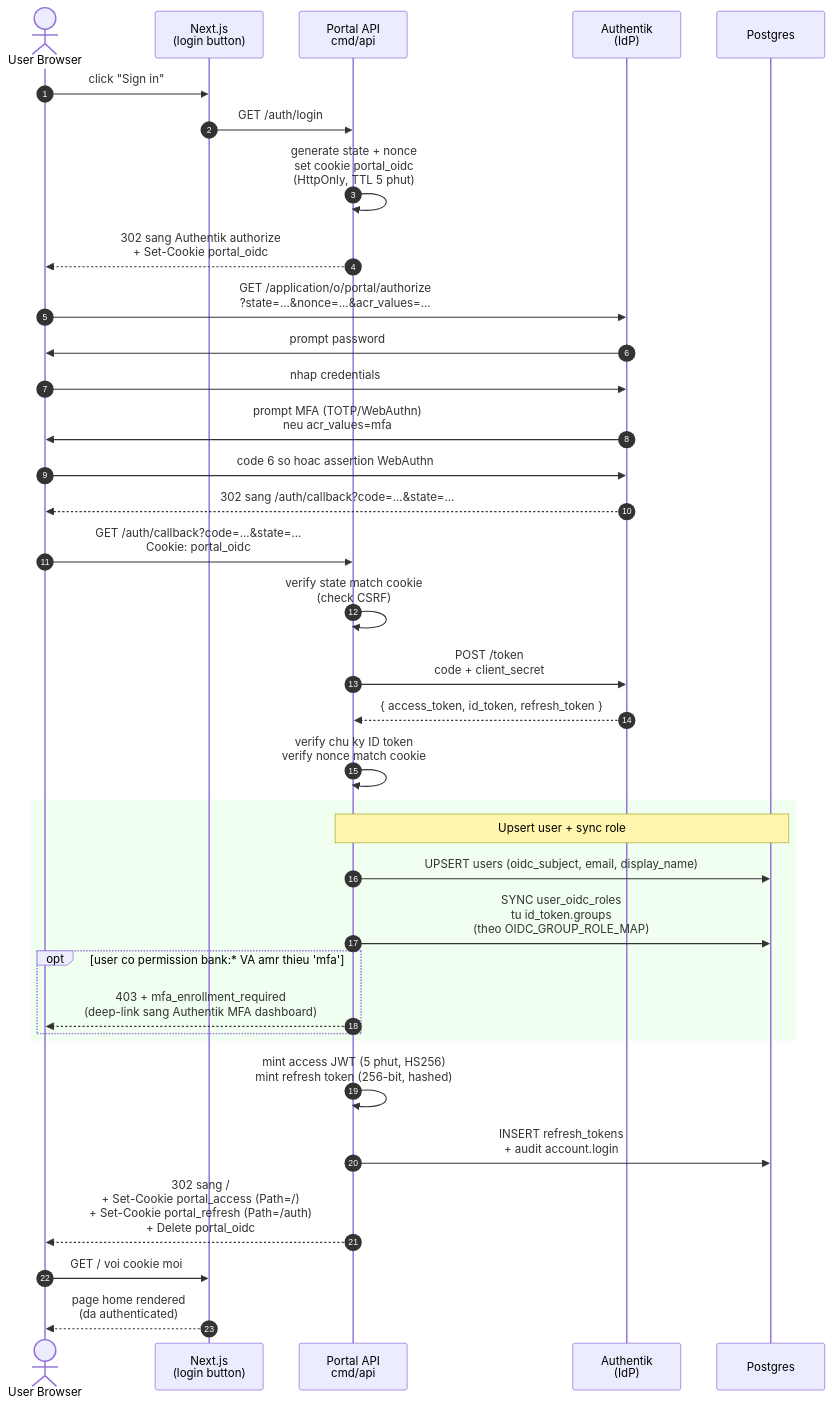
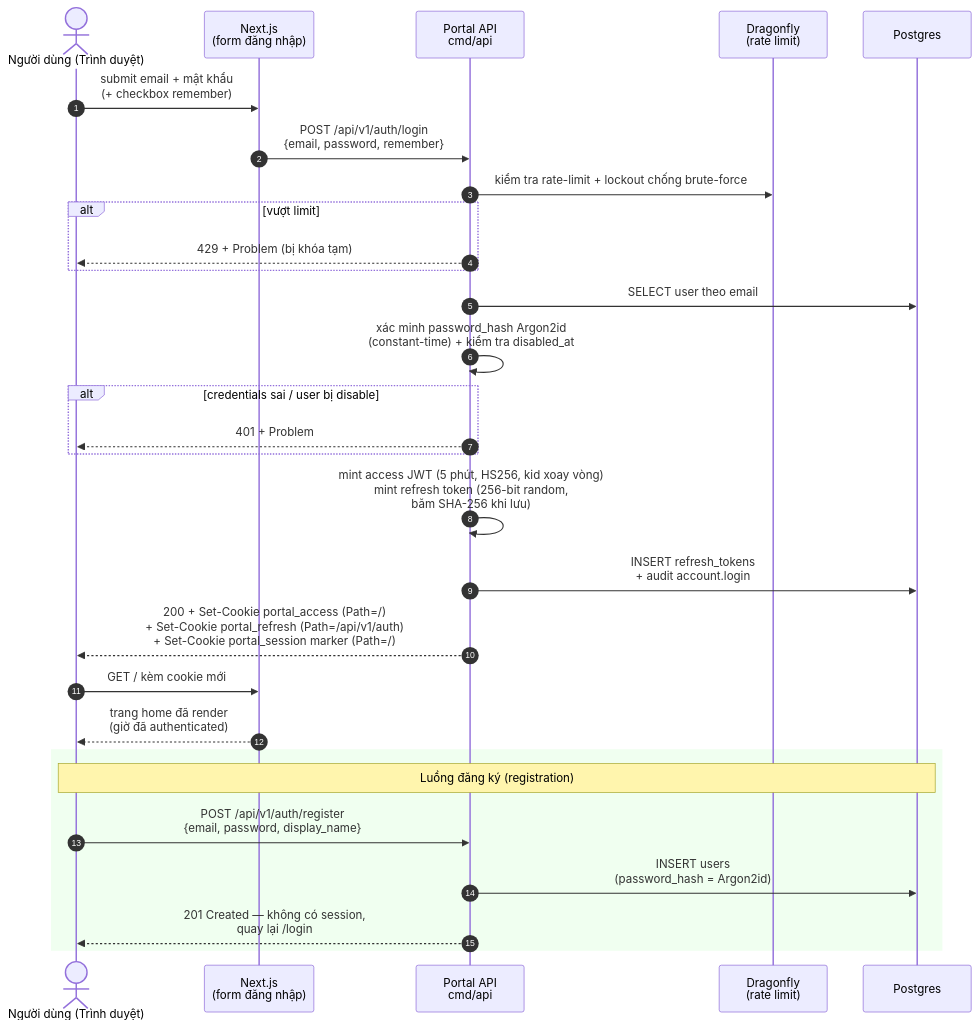
One commit to jackone2991/portal changed the fifth of 7 diagrams in doc/vi/diagrams.md. Above: the diagram before and after it, drawn with Mermaid. The commit also changed other lines of this file and 50 other files, not shown here.

````diff
--- a/doc/vi/diagrams.md
+++ b/doc/vi/diagrams.md
@@ -368,43 +373,37 @@
 ```mermaid
 sequenceDiagram
     autonumber
-    actor U as User Browser
-    participant N as Next.js<br/>(login button)
+    actor U as Người dùng (Trình duyệt)
+    participant N as Next.js<br/>(form đăng nhập)
     participant A as Portal API<br/>cmd/api
-    participant Ak as Authentik<br/>(IdP)
+    participant Rd as Dragonfly<br/>(rate limit)
     participant PG as Postgres
 
-    U->>N: click "Sign in"
-    N->>A: GET /auth/login
-    A->>A: generate state + nonce<br/>set cookie portal_oidc<br/>(HttpOnly, TTL 5 phut)
-    A-->>U: 302 sang Authentik authorize<br/>+ Set-Cookie portal_oidc
+    U->>N: submit email + mật khẩu<br/>(+ checkbox remember)
+    N->>A: POST /api/v1/auth/login<br/>{email, password, remember}
 
-    U->>Ak: GET /application/o/portal/authorize<br/>?state=...&nonce=...&acr_values=...
-    Ak->>U: prompt password
-    U->>Ak: nhap credentials
-    Ak->>U: prompt MFA (TOTP/WebAuthn)<br/>neu acr_values=mfa
-    U->>Ak: code 6 so hoac assertion WebAuthn
-    Ak-->>U: 302 sang /auth/callback?code=...&state=...
+    A->>Rd: kiểm tra rate-limit + lockout chống brute-force
+    alt vượt limit
+        A-->>U: 429 + Problem (bị khóa tạm)
+    end
 
-    U->>A: GET /auth/callback?code=...&state=...<br/>Cookie: portal_oidc
-    A->>A: verify state match cookie<br/>(check CSRF)
-    A->>Ak: POST /token<br/>code + client_secret
-    Ak-->>A: { access_token, id_token, refresh_token }
-    A->>A: verify chu ky ID token<br/>verify nonce match cookie
+    A->>PG: SELECT user theo email
+    A->>A: xác minh password_hash Argon2id<br/>(constant-time) + kiểm tra disabled_at
+    alt credentials sai / user bị disable
+        A-->>U: 401 + Problem
+    end
+
+    A->>A: mint access JWT (5 phút, HS256, kid xoay vòng)<br/>mint refresh token (256-bit random,<br/>băm SHA-256 khi lưu)
+    A->>PG: INSERT refresh_tokens<br/>+ audit account.login
+    A-->>U: 200 + Set-Cookie portal_access (Path=/)<br/>+ Set-Cookie portal_refresh (Path=/api/v1/auth)<br/>+ Set-Cookie portal_session marker (Path=/)
+
+    U->>N: GET / kèm cookie mới
+    N-->>U: trang home đã render<br/>(giờ đã authenticated)
 
     rect rgb(240, 255, 240)
-        Note over A,PG: Upsert user + sync role
-        A->>PG: UPSERT users (oidc_subject, email, display_name)
-        A->>PG: SYNC user_oidc_roles<br/>tu id_token.groups<br/>(theo OIDC_GROUP_ROLE_MAP)
-        opt user co permission bank:* VA amr thieu 'mfa'
-            A-->>U: 403 + mfa_enrollment_required<br/>(deep-link sang Authentik MFA dashboard)
-        end
+        Note over U,PG: Luồng đăng ký (registration)
+        U->>A: POST /api/v1/auth/register<br/>{email, password, display_name}
+        A->>PG: INSERT users<br/>(password_hash = Argon2id)
+        A-->>U: 201 Created — không có session,<br/>quay lại /login
     end
-
-    A->>A: mint access JWT (5 phut, HS256)<br/>mint refresh token (256-bit, hashed)
-    A->>PG: INSERT refresh_tokens<br/>+ audit account.login
-    A-->>U: 302 sang /<br/>+ Set-Cookie portal_access (Path=/)<br/>+ Set-Cookie portal_refresh (Path=/auth)<br/>+ Delete portal_oidc
-
-    U->>N: GET / voi cookie moi
-    N-->>U: page home rendered<br/>(da authenticated)
 ```
````
